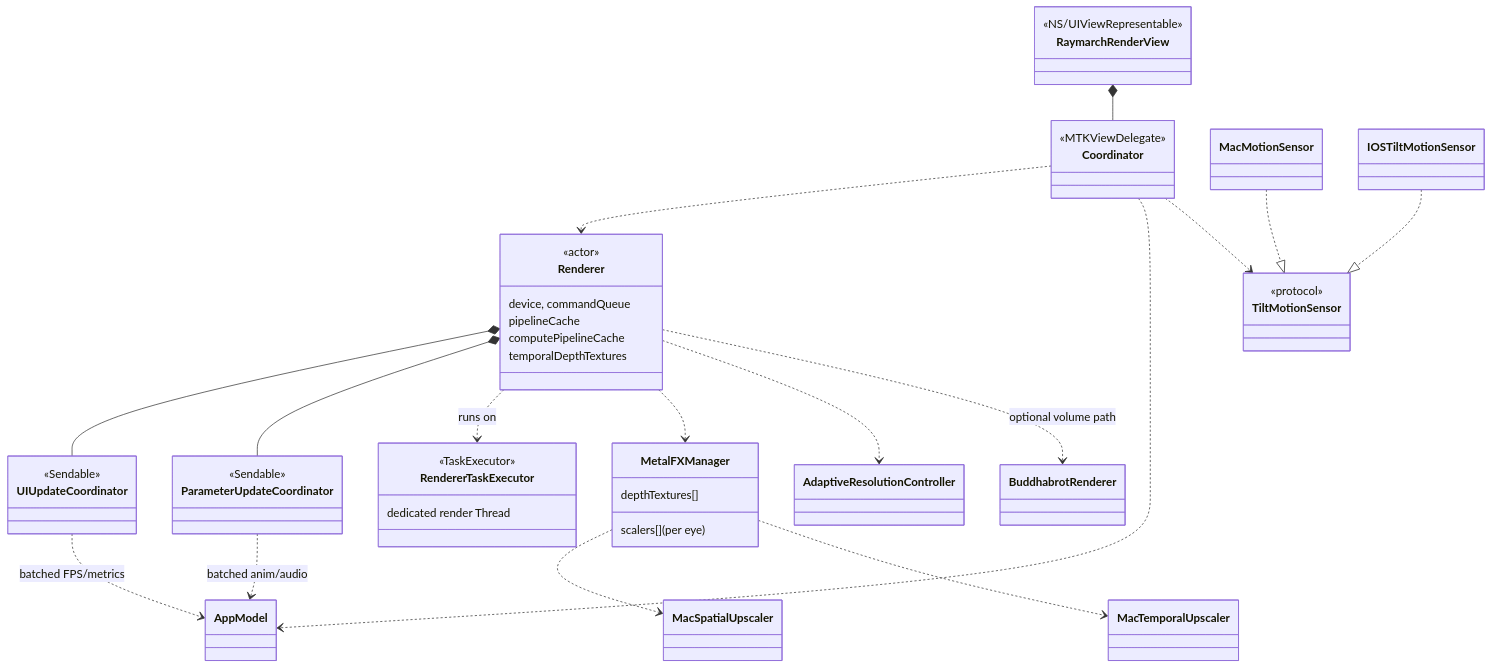
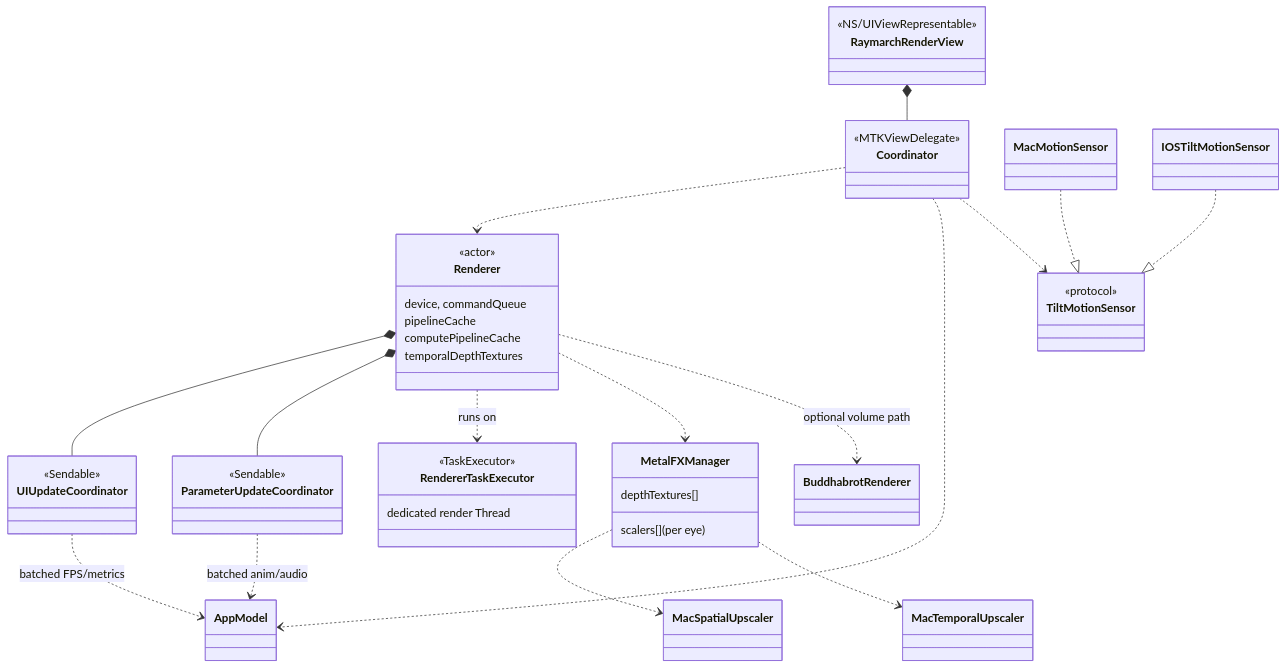
One commit to Halopend/MetalRaymarch-main changed the third of 9 diagrams in Context/ARCHITECTURE_UML.md. Above: the diagram before and after it, drawn with Mermaid. The commit also changed 21 other files, not shown here.

````diff
--- a/Context/ARCHITECTURE_UML.md
+++ b/Context/ARCHITECTURE_UML.md
@@ -105,51 +105,49 @@
 ```mermaid
 classDiagram
     direction TB
 
     class RaymarchRenderView { <<NS/UIViewRepresentable>> }
     class Coordinator { <<MTKViewDelegate>> }
     class Renderer {
         <<actor>>
         device, commandQueue
         pipelineCache
         computePipelineCache
         temporalDepthTextures
     }
     class RendererTaskExecutor {
         <<TaskExecutor>>
         dedicated render Thread
     }
     class UIUpdateCoordinator { <<Sendable>> }
     class ParameterUpdateCoordinator { <<Sendable>> }
     class MetalFXManager {
         scalers[] (per eye)
         depthTextures[]
     }
     class MacSpatialUpscaler
     class MacTemporalUpscaler
-    class AdaptiveResolutionController
     class BuddhabrotRenderer
     class TiltMotionSensor { <<protocol>> }
     class MacMotionSensor
     class IOSTiltMotionSensor
 
     RaymarchRenderView *-- Coordinator
     Coordinator ..> Renderer
     Coordinator ..> AppModel
     Coordinator ..> TiltMotionSensor
 
     Renderer *-- UIUpdateCoordinator
     Renderer *-- ParameterUpdateCoordinator
     Renderer ..> RendererTaskExecutor : runs on
     Renderer ..> MetalFXManager
-    Renderer ..> AdaptiveResolutionController
     Renderer ..> BuddhabrotRenderer : optional volume path
 
     MetalFXManager ..> MacSpatialUpscaler
     MetalFXManager ..> MacTemporalUpscaler
     UIUpdateCoordinator ..> AppModel : batched FPS/metrics
     ParameterUpdateCoordinator ..> AppModel : batched anim/audio
 
     MacMotionSensor ..|> TiltMotionSensor
     IOSTiltMotionSensor ..|> TiltMotionSensor
 ```
````
